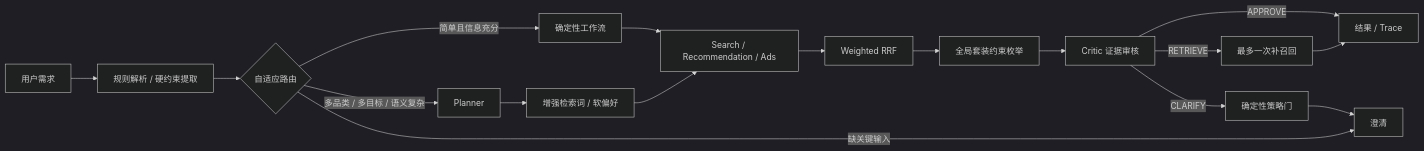
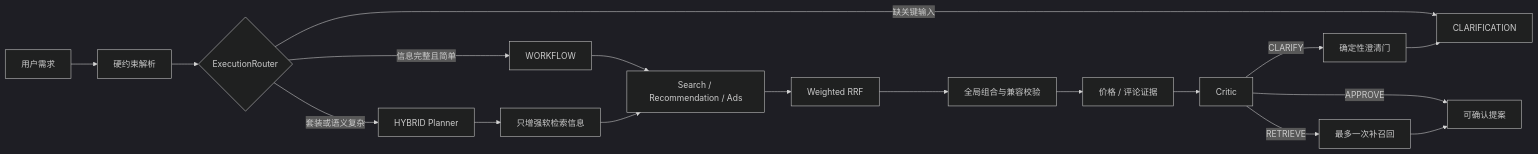
One commit to ShinyHero666/BuySense-Agent changed the diagram in code/java-control-plane/docs/PROJECT_REVIEW_CN.md. Above: the diagram before and after it, drawn with Mermaid (dark theme). The commit also changed other lines of this file and 53 other files, not shown here.

````diff
--- a/code/java-control-plane/docs/PROJECT_REVIEW_CN.md
+++ b/code/java-control-plane/docs/PROJECT_REVIEW_CN.md
@@ -9,19 +18,20 @@
 ```mermaid
 flowchart LR
-    Q[用户需求] --> P[规则解析 / 硬约束提取]
-    P --> R{自适应路由}
-    R -->|简单且信息充分| W[确定性工作流]
-    R -->|多品类 / 多目标 / 语义复杂| A[Planner]
-    R -->|缺关键输入| C[澄清]
-    A --> E[增强检索词 / 软偏好]
+    Q[用户需求] --> P[硬约束解析]
+    P --> R{ExecutionRouter}
+    R -->|缺关键输入| C[CLARIFICATION]
+    R -->|信息完整且简单| W[WORKFLOW]
+    R -->|套装或语义复杂| A[HYBRID Planner]
+    A --> E[只增强软检索信息]
     W --> S[Search / Recommendation / Ads]
     E --> S
     S --> F[Weighted RRF]
-    F --> O[全局套装约束枚举]
-    O --> K[Critic 证据审核]
-    K -->|APPROVE| V[结果 / Trace]
+    F --> O[全局组合与兼容校验]
+    O --> V[价格 / 评论证据]
+    V --> K[Critic]
+    K -->|APPROVE| D[可确认提案]
     K -->|RETRIEVE| B[最多一次补召回]
-    K -->|CLARIFY| G[确定性策略门]
-    B --> V
+    K -->|CLARIFY| G[确定性澄清门]
+    B --> D
     G --> C
 ```
````
